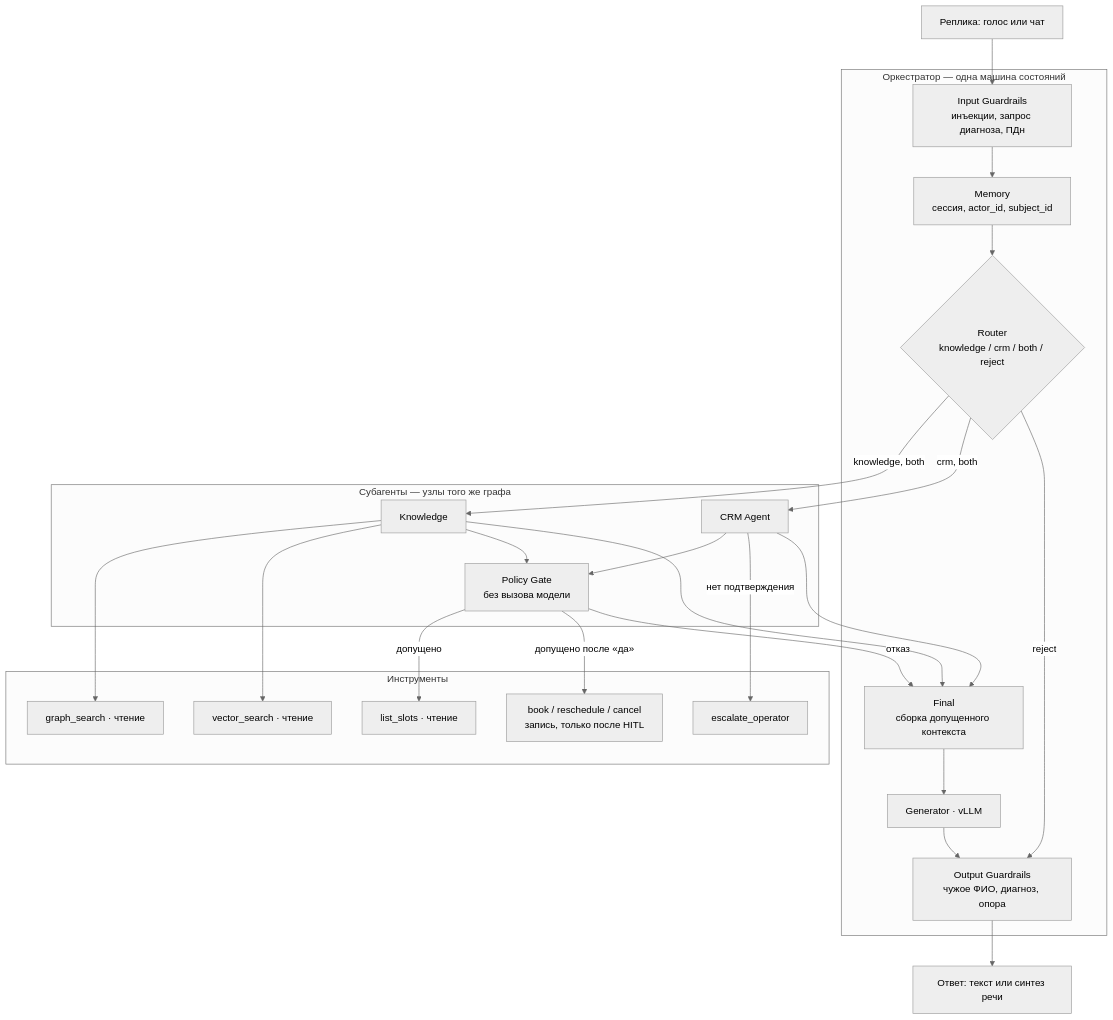
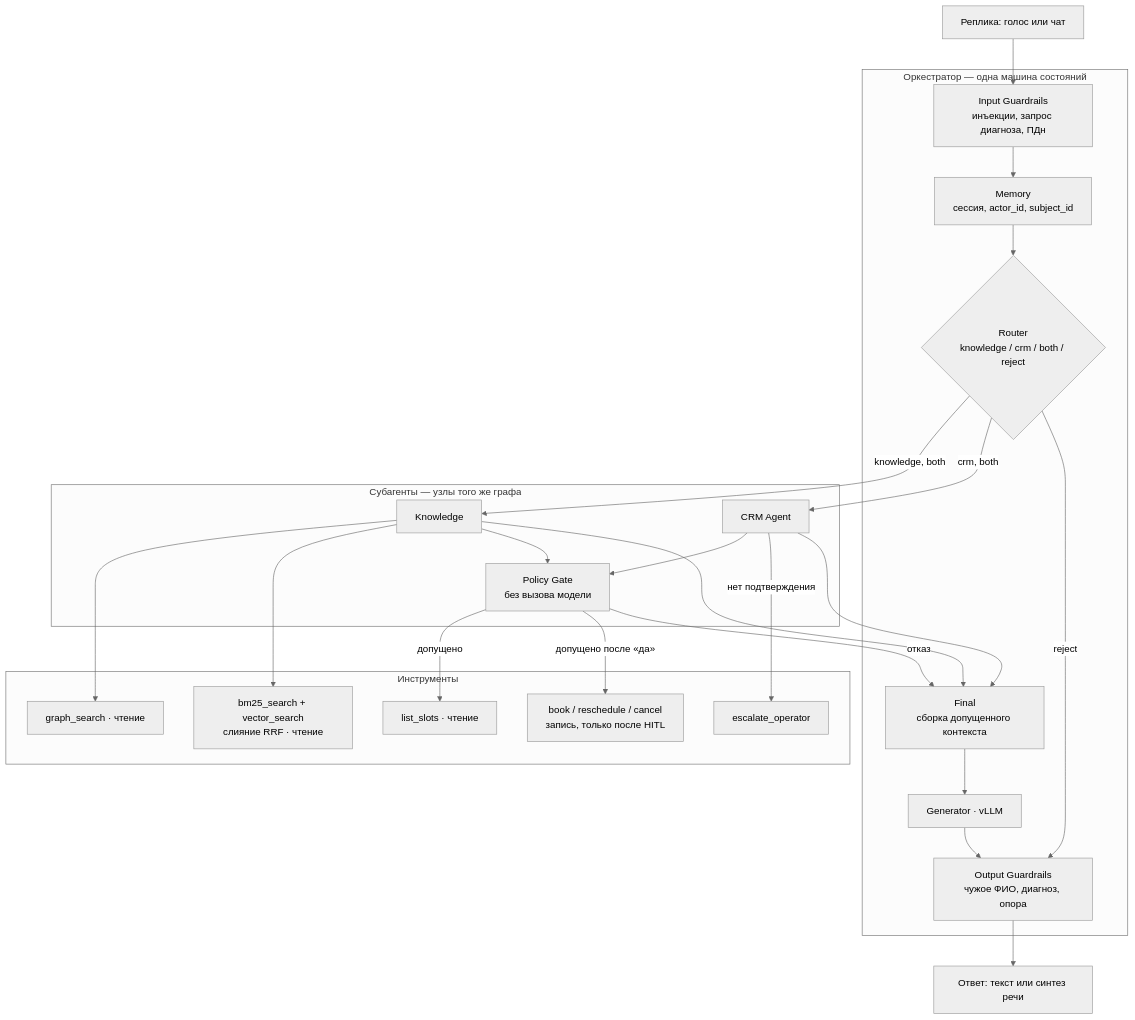
One commit to divisee/otus-ai-architect changed the fourth of 12 diagrams in final-project/README.md. Above: the diagram before and after it, drawn with Mermaid (neutral theme). The commit also changed other lines of this file and 5 other files, not shown here.

````diff
--- a/final-project/README.md
+++ b/final-project/README.md
@@ -386,45 +387,45 @@
 ```mermaid
 flowchart TB
     IN[Реплика: голос или чат] --> IG[Input Guardrails<br/>инъекции, запрос диагноза, ПДн]
 
     subgraph ORCH["Оркестратор — одна машина состояний"]
         IG --> MEM[Memory<br/>сессия, actor_id, subject_id]
         MEM --> RTR{Router<br/>knowledge / crm / both / reject}
         FIN[Final<br/>сборка допущенного контекста]
         GEN[Generator · vLLM]
         OG[Output Guardrails<br/>чужое ФИО, диагноз, опора]
     end
 
     subgraph SUB["Субагенты — узлы того же графа"]
         KN[Knowledge]
         CRMA[CRM Agent]
         POL[Policy Gate<br/>без вызова модели]
     end
 
     subgraph TOOLS["Инструменты"]
         T1[graph_search · чтение]
-        T2[vector_search · чтение]
+        T2[bm25_search + vector_search<br/>слияние RRF · чтение]
         T3[list_slots · чтение]
         T4[book / reschedule / cancel<br/>запись, только после HITL]
         T5[escalate_operator]
     end
 
     RTR -->|knowledge, both| KN
     RTR -->|crm, both| CRMA
     RTR -->|reject| OG
 
     KN --> T1
     KN --> T2
     KN --> POL
     CRMA --> POL
     POL -->|допущено| T3
     POL -->|допущено после «да»| T4
     POL -->|отказ| FIN
     CRMA -->|нет подтверждения| T5
 
     KN --> FIN
     CRMA --> FIN
     FIN --> GEN
     GEN --> OG
     OG --> OUT[Ответ: текст или синтез речи]
 ```
````
